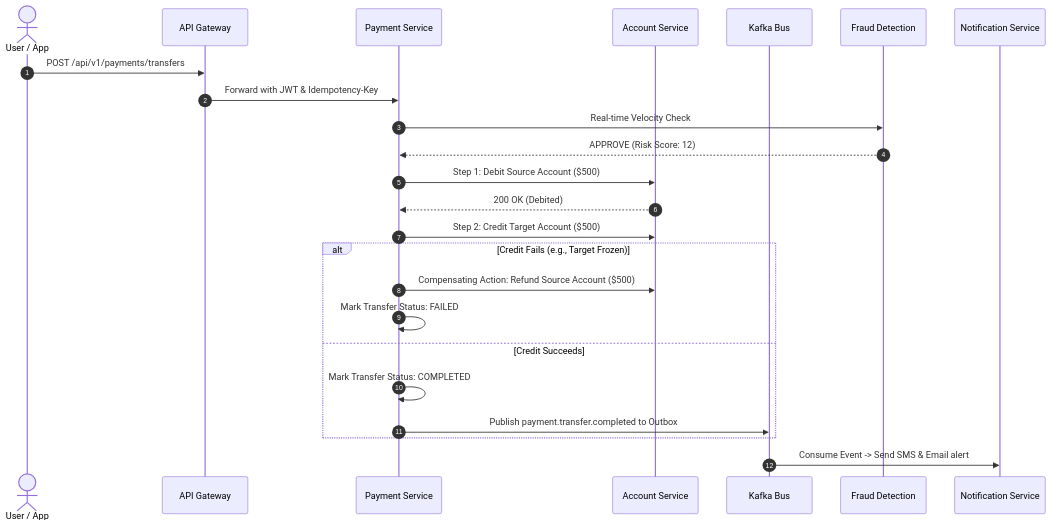
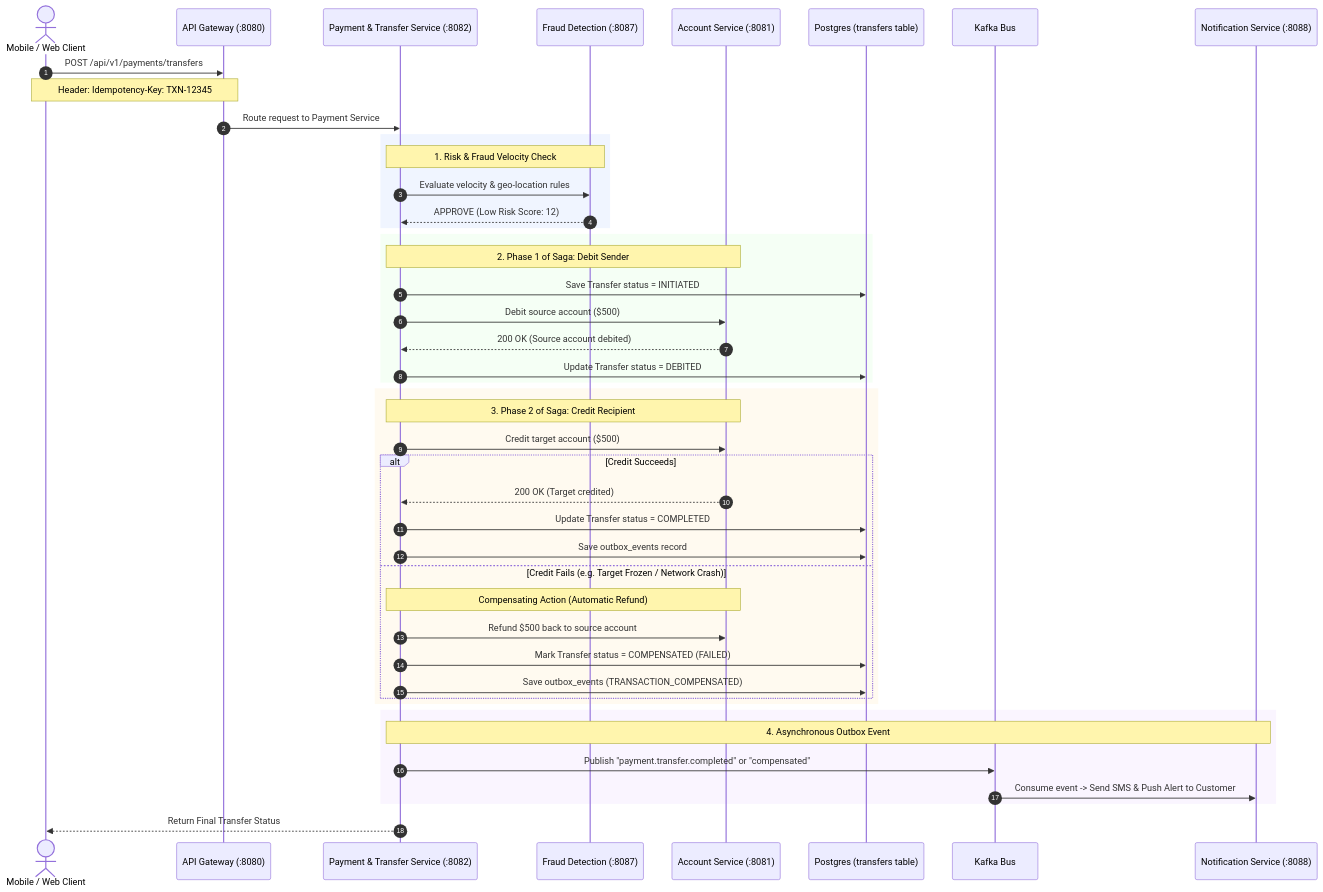
The second of 2 diagrams in BEGINNER_LEARNING_GUIDE.md (Aaseya120/FintechEnterprisePlatform), drawn with Mermaid before and after one commit. The commit also changed other lines of this file, not shown here.

````diff
--- a/BEGINNER_LEARNING_GUIDE.md
+++ b/BEGINNER_LEARNING_GUIDE.md
@@ -210,27 +230,53 @@
 ```mermaid
 sequenceDiagram
     autonumber
-    actor User as User / App
-    participant GW as API Gateway
-    participant PS as Payment Service
-    participant AS as Account Service
+    actor Customer as Mobile / Web Client
+    participant GW as API Gateway (:8080)
+    participant PS as Payment & Transfer Service (:8082)
+    participant FD as Fraud Detection (:8087)
+    participant AS as Account Service (:8081)
+    participant DB as Postgres (transfers table)
     participant KF as Kafka Bus
-    participant FD as Fraud Detection
-    participant NS as Notification Service
+    participant NS as Notification Service (:8088)
 
-    User->>GW: POST /api/v1/payments/transfers
-    GW->>PS: Forward with JWT & Idempotency-Key
-    PS->>FD: Real-time Velocity Check
-    FD-->>PS: APPROVE (Risk Score: 12)
-    PS->>AS: Step 1: Debit Source Account ($500)
-    AS-->>PS: 200 OK (Debited)
-    PS->>AS: Step 2: Credit Target Account ($500)
-    alt Credit Fails (e.g., Target Frozen)
-        PS->>AS: Compensating Action: Refund Source Account ($500)
-        PS->>PS: Mark Transfer Status: FAILED
-    else Credit Succeeds
-        PS->>PS: Mark Transfer Status: COMPLETED
-        PS->>KF: Publish payment.transfer.completed to Outbox
+    Customer->>GW: POST /api/v1/payments/transfers
+    Note over Customer,GW: Header: Idempotency-Key: TXN-12345
+    GW->>PS: Route request to Payment Service
+    
+    rect rgb(240, 245, 255)
+    Note over PS,FD: 1. Risk & Fraud Velocity Check
+    PS->>FD: Evaluate velocity & geo-location rules
+    FD-->>PS: APPROVE (Low Risk Score: 12)
     end
-    KF->>NS: Consume Event -> Send SMS & Email alert
+
+    rect rgb(245, 255, 245)
+    Note over PS,AS: 2. Phase 1 of Saga: Debit Sender
+    PS->>DB: Save Transfer status = INITIATED
+    PS->>AS: Debit source account ($500)
+    AS-->>PS: 200 OK (Source account debited)
+    PS->>DB: Update Transfer status = DEBITED
+    end
+
+    rect rgb(255, 250, 240)
+    Note over PS,AS: 3. Phase 2 of Saga: Credit Recipient
+    PS->>AS: Credit target account ($500)
+    alt Credit Succeeds
+        AS-->>PS: 200 OK (Target credited)
+        PS->>DB: Update Transfer status = COMPLETED
+        PS->>DB: Save outbox_events record
+    else Credit Fails (e.g. Target Frozen / Network Crash)
+        Note over PS,AS: Compensating Action (Automatic Refund)
+        PS->>AS: Refund $500 back to source account
+        PS->>DB: Mark Transfer status = COMPENSATED (FAILED)
+        PS->>DB: Save outbox_events (TRANSACTION_COMPENSATED)
+    end
+    end
+
+    rect rgb(250, 245, 255)
+    Note over PS,NS: 4. Asynchronous Outbox Event
+    PS->>KF: Publish "payment.transfer.completed" or "compensated"
+    KF->>NS: Consume event -> Send SMS & Push Alert to Customer
+    end
+
+    PS-->>Customer: Return Final Transfer Status
 ```
````
